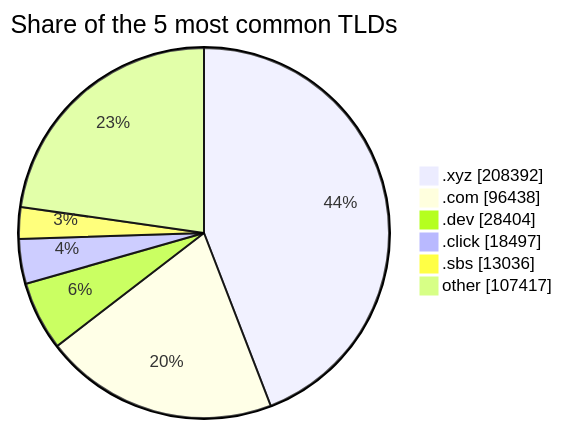
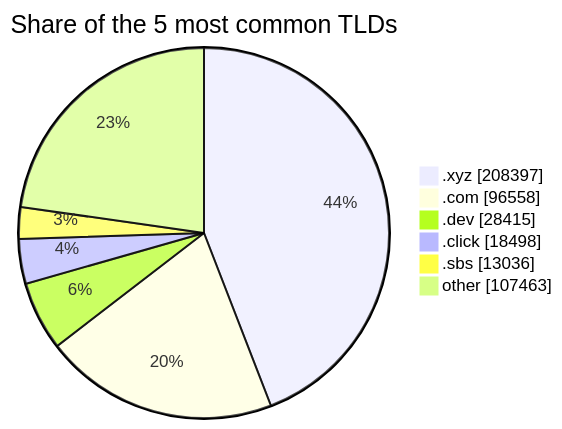
The second of 2 diagrams in README.md (DNSBunker/CTI), drawn with Mermaid before and after one commit. The commit also changed other lines of this file and 3 other files, not shown here.

````diff
--- a/README.md
+++ b/README.md
@@ -72,9 +72,9 @@
 ```mermaid
 pie showData title Share of the 5 most common TLDs
-    ".xyz" : 208392
-    ".com" : 96438
-    ".dev" : 28404
-    ".click" : 18497
+    ".xyz" : 208397
+    ".com" : 96558
+    ".dev" : 28415
+    ".click" : 18498
     ".sbs" : 13036
-    "other" : 107417
+    "other" : 107463
 ```
````
